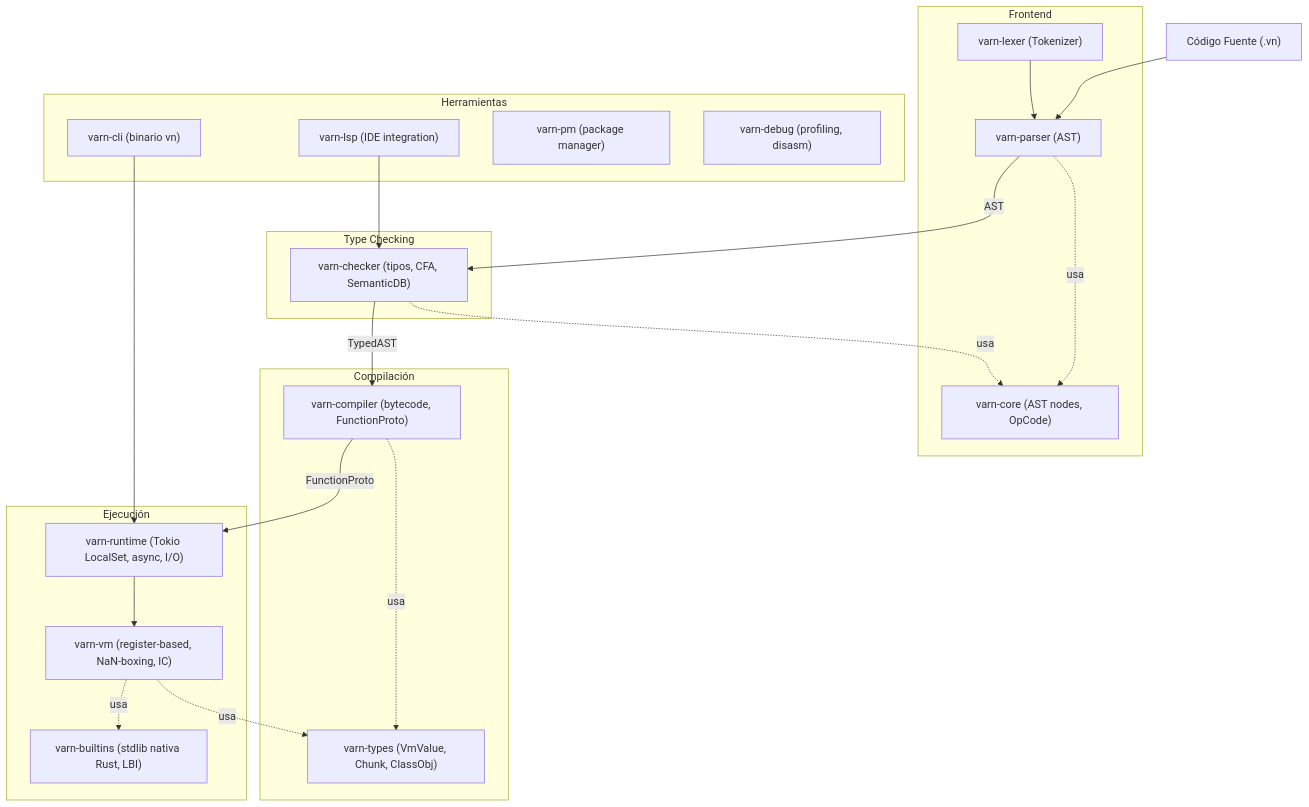
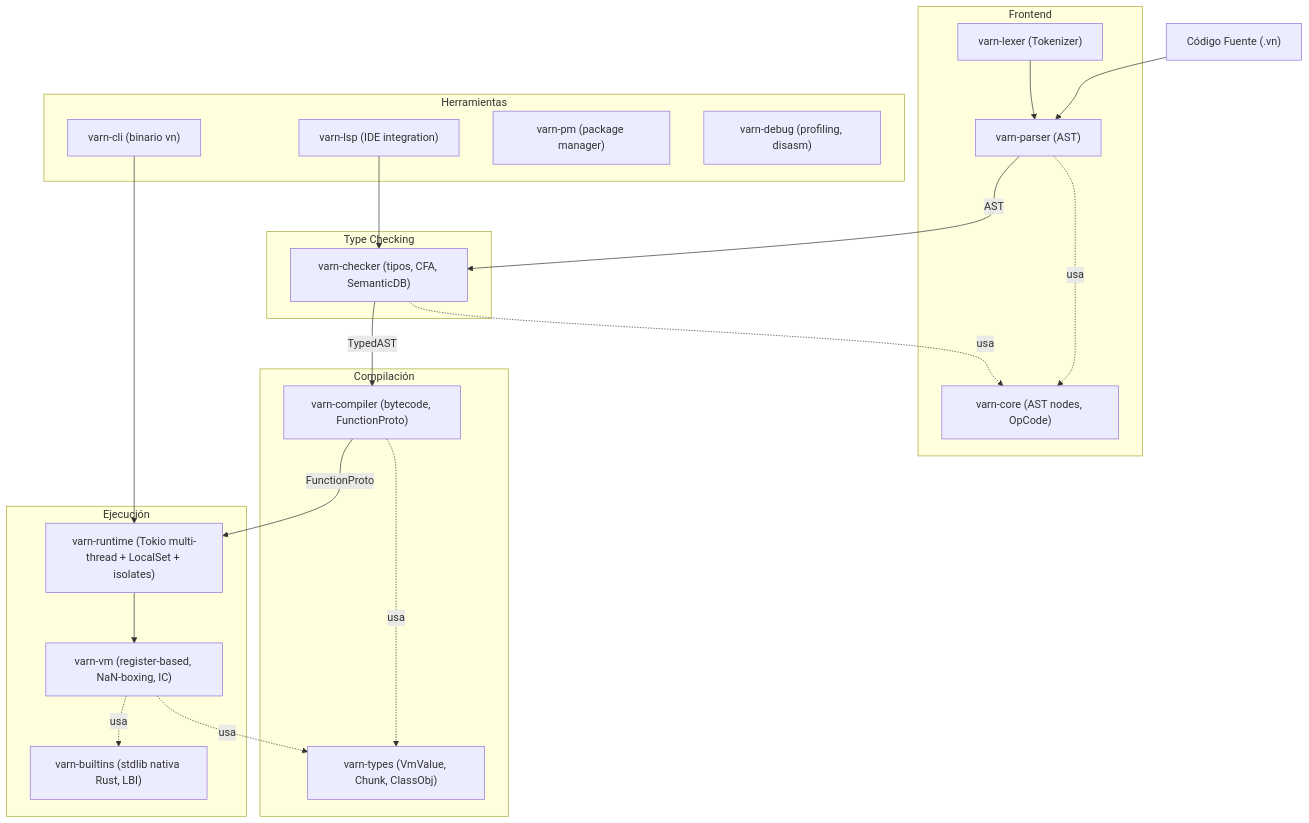
One commit to carlos-burelo/varn changed the diagram in docs/CRATES_STATE.md. Above: the diagram before and after it, drawn with Mermaid. The commit also changed other lines of this file and 17 other files, not shown here.

````diff
--- a/docs/CRATES_STATE.md
+++ b/docs/CRATES_STATE.md
@@ -7,48 +7,48 @@
 ```mermaid
 graph TD
     SourceText["Código Fuente (.vn)"] --> Parser
 
     subgraph Frontend
         Lexer["varn-lexer (Tokenizer)"]
         Parser["varn-parser (AST)"]
         Core["varn-core (AST nodes, OpCode)"]
         Lexer --> Parser
         Parser -.usa.-> Core
     end
 
     subgraph MiddleEnd["Type Checking"]
         Checker["varn-checker (tipos, CFA, SemanticDB)"]
         Checker -.usa.-> Core
     end
 
     Parser -- AST --> Checker
 
     subgraph Backend["Compilación"]
         Compiler["varn-compiler (bytecode, FunctionProto)"]
         Types["varn-types (VmValue, Chunk, ClassObj)"]
         Compiler -.usa.-> Types
     end
 
     Checker -- TypedAST --> Compiler
 
     subgraph Execution["Ejecución"]
         VM["varn-vm (register-based, NaN-boxing, IC)"]
-        Runtime["varn-runtime (Tokio LocalSet, async, I/O)"]
+        Runtime["varn-runtime (Tokio multi-thread + LocalSet + isolates)"]
         Builtins["varn-builtins (stdlib nativa Rust, LBI)"]
         Runtime --> VM
         VM -.usa.-> Types
         VM -.usa.-> Builtins
     end
 
     Compiler -- FunctionProto --> Runtime
 
     subgraph Tools["Herramientas"]
         CLI["varn-cli (binario vn)"]
         LSP["varn-lsp (IDE integration)"]
         PM["varn-pm (package manager)"]
         Debug["varn-debug (profiling, disasm)"]
     end
 
     CLI --> Runtime
     LSP --> Checker
 ```
````
